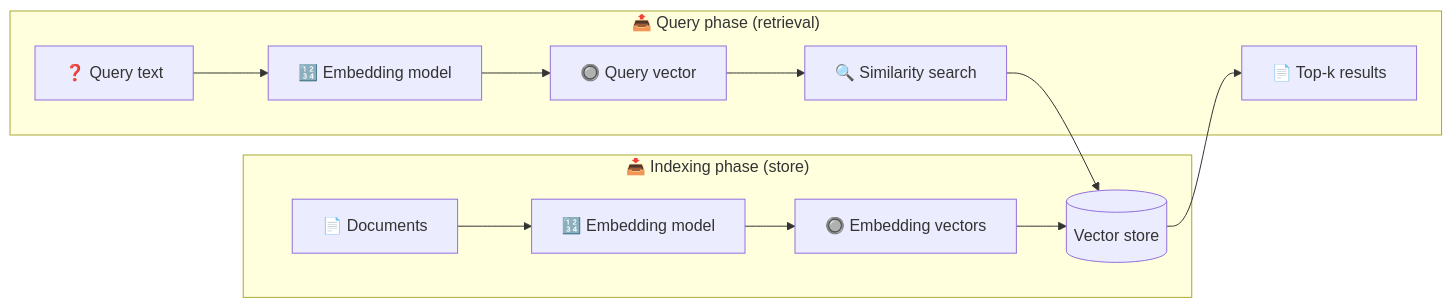
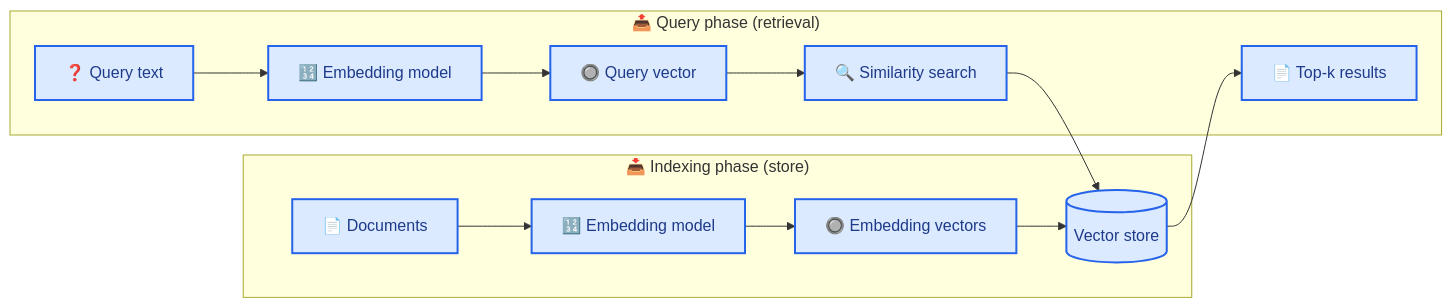
One commit to kunfan96/cndocs-langchain changed the diagram in oss/javascript/integrations/vectorstores/index.mdx. Above: the diagram before and after it, drawn with Mermaid. The commit also changed other lines of this file and 2611 other files, not shown here.

````diff
--- a/oss/javascript/integrations/vectorstores/index.mdx
+++ b/oss/javascript/integrations/vectorstores/index.mdx
@@ -11,17 +11,20 @@
 ```mermaid
 flowchart LR
 
     subgraph "📥 Indexing phase (store)"
         A[📄 Documents] --> B[🔢 Embedding model]
         B --> C[🔘 Embedding vectors]
         C --> D[(Vector store)]
     end
 
     subgraph "📤 Query phase (retrieval)"
         E[❓ Query text] --> F[🔢 Embedding model]
         F --> G[🔘 Query vector]
         G --> H[🔍 Similarity search]
         H --> D
         D --> I[📄 Top-k results]
     end
+
+    classDef process fill:#DBEAFE,stroke:#2563EB,stroke-width:2px,color:#1E3A8A
+    class A,B,C,D,E,F,G,H,I process
 ```
````
